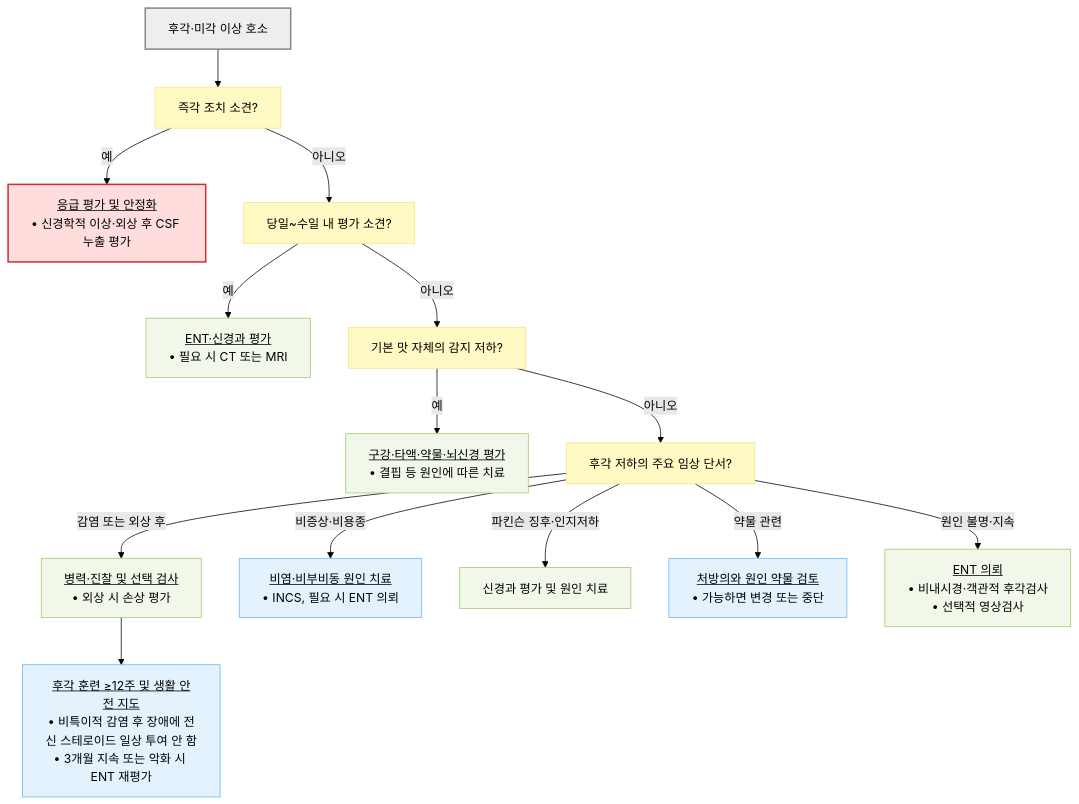
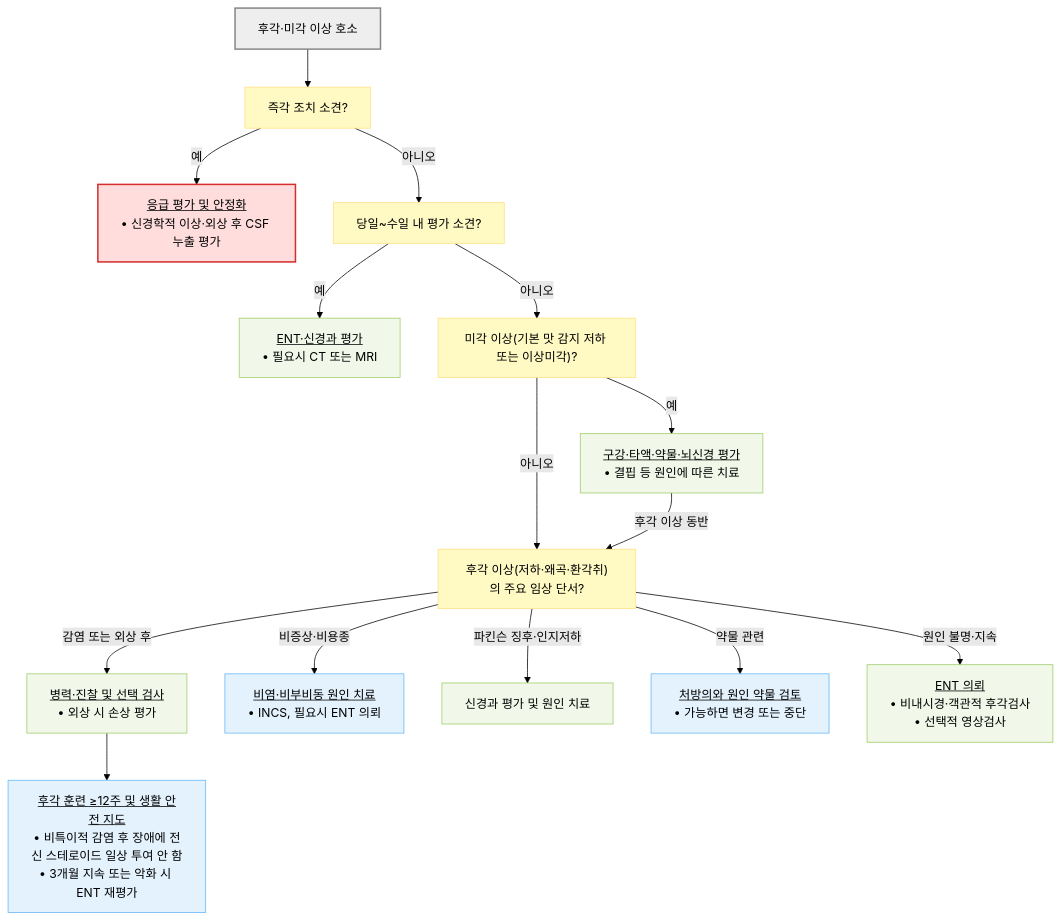
The diagram in 220_/005_-smell-taste-disorders.md (familyoh77/familyoh77), drawn with Mermaid (forest theme) before and after one commit. The commit also changed other lines of this file, not shown here.

````diff
--- a/220_/005_-smell-taste-disorders.md
+++ b/220_/005_-smell-taste-disorders.md
@@ -174,27 +179,28 @@
 ```mermaid
 flowchart TD
     A["후각·미각 이상 호소"] --> D["즉각 조치 소견?"]
     D -- "예" --> E1["<u>응급 평가 및 안정화</u><br/>• 신경학적 이상·외상 후 CSF 누출 평가"]
     D -- "아니오" --> D2["당일~수일 내 평가 소견?"]
-    D2 -- "예" --> E2["<u>ENT·신경과 평가</u><br/>• 필요 시 CT 또는 MRI"]
-    D2 -- "아니오" --> B["기본 맛 자체의 감지 저하?"]
+    D2 -- "예" --> E2["<u>ENT·신경과 평가</u><br/>• 필요시 CT 또는 MRI"]
+    D2 -- "아니오" --> B["미각 이상(기본 맛 감지 저하 또는 이상미각)?"]
     B -- "예" --> C["<u>구강·타액·약물·뇌신경 평가</u><br/>• 결핍 등 원인에 따른 치료"]
-    B -- "아니오" --> F["후각 저하의 주요 임상 단서?"]
+    B -- "아니오" --> F["후각 이상(저하·왜곡·환각취)의 주요 임상 단서?"]
+    C -- "후각 이상 동반" --> F
     F -- "감염 또는 외상 후" --> K["<u>병력·진찰 및 선택 검사</u><br/>• 외상 시 손상 평가"]
-    F -- "비증상·비용종" --> L["<u>비염·비부비동 원인 치료</u><br/>• INCS, 필요 시 ENT 의뢰"]
+    F -- "비증상·비용종" --> L["<u>비염·비부비동 원인 치료</u><br/>• INCS, 필요시 ENT 의뢰"]
     F -- "파킨슨 징후·인지저하" --> M["신경과 평가 및 원인 치료"]
     F -- "약물 관련" --> P["<u>처방의와 원인 약물 검토</u><br/>• 가능하면 변경 또는 중단"]
     F -- "원인 불명·지속" --> Q["<u>ENT 의뢰</u><br/>• 비내시경·객관적 후각검사<br/>• 선택적 영상검사"]
     K --> N["<u>후각 훈련 ≥12주 및 생활 안전 지도</u><br/>• 비특이적 감염 후 장애에 전신 스테로이드 일상 투여 안 함<br/>• 3개월 지속 또는 악화 시 ENT 재평가"]
 
     classDef start fill:#eeeeee,stroke:#888888,stroke-width:2px
     classDef question fill:#fff9c4,stroke:#ffe082
     classDef emergency fill:#ffdddd,stroke:#d32f2f,stroke-width:2px
     classDef evaluation fill:#f1f8e9,stroke:#9ccc65
     classDef treatment fill:#e3f2fd,stroke:#64b5f6
     class A start
     class D,D2,B,F question
     class E1 emergency
     class E2,C,K,M,Q evaluation
     class L,P,N treatment
 ```
````
